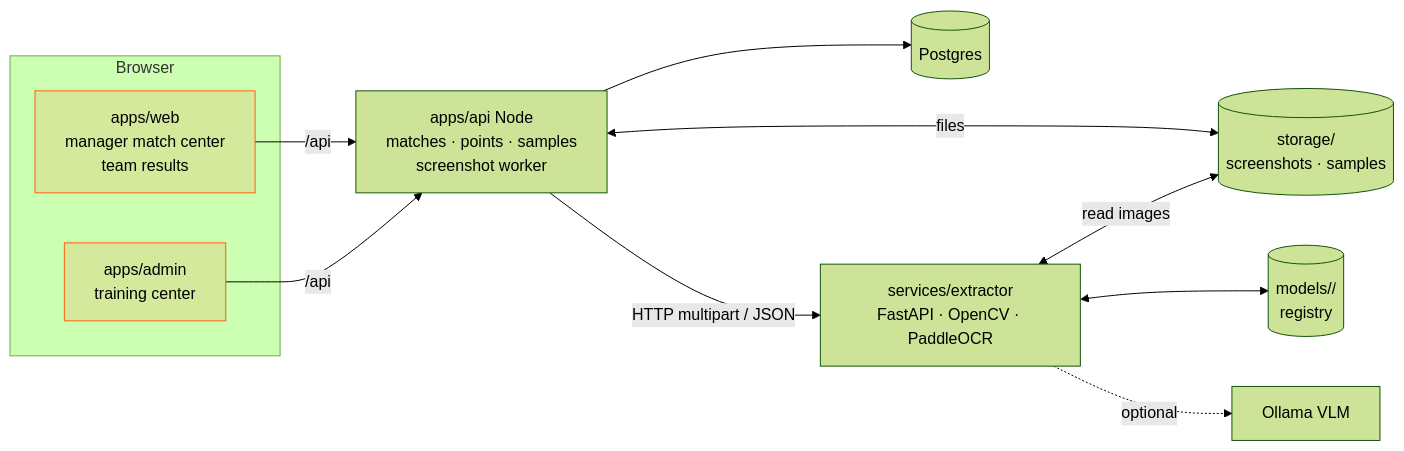
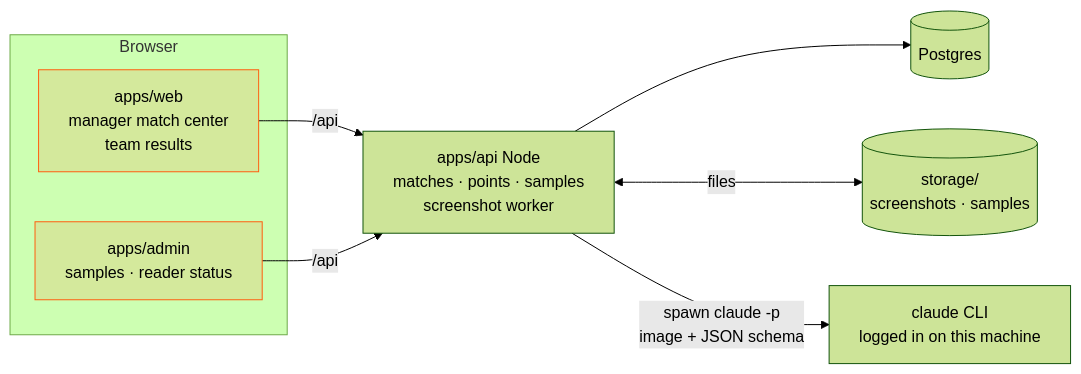
One commit to AirBattleground/AirBattleground changed the diagram in docs/phase2/ARCHITECTURE.md. Above: the diagram before and after it, drawn with Mermaid (forest theme). The commit also changed other lines of this file and 421 other files, not shown here.

````diff
--- a/docs/phase2/ARCHITECTURE.md
+++ b/docs/phase2/ARCHITECTURE.md
@@ -19,15 +19,12 @@
 ```mermaid
 flowchart LR
   subgraph Browser
     W[apps/web<br/>manager match center<br/>team results]:::fe
-    A[apps/admin<br/>training center]:::fe
+    A[apps/admin<br/>samples · reader status]:::fe
   end
   W & A -->|/api| API[apps/api Node<br/>matches · points · samples<br/>screenshot worker]
   API --> PG[(Postgres)]
   API <-->|files| ST[(storage/<br/>screenshots · samples)]
-  API -->|HTTP multipart / JSON| EX[services/extractor<br/>FastAPI · OpenCV · PaddleOCR]
-  EX <-->|read images| ST
-  EX <--> MD[(models/<version>/<br/>registry)]
-  EX -.optional.-> OL[Ollama VLM]
+  API -->|spawn claude -p<br/>image + JSON schema| CL[claude CLI<br/>logged in on this machine]
   classDef fe fill:#ff5f0f22,stroke:#ff5f0f
 ```
````
